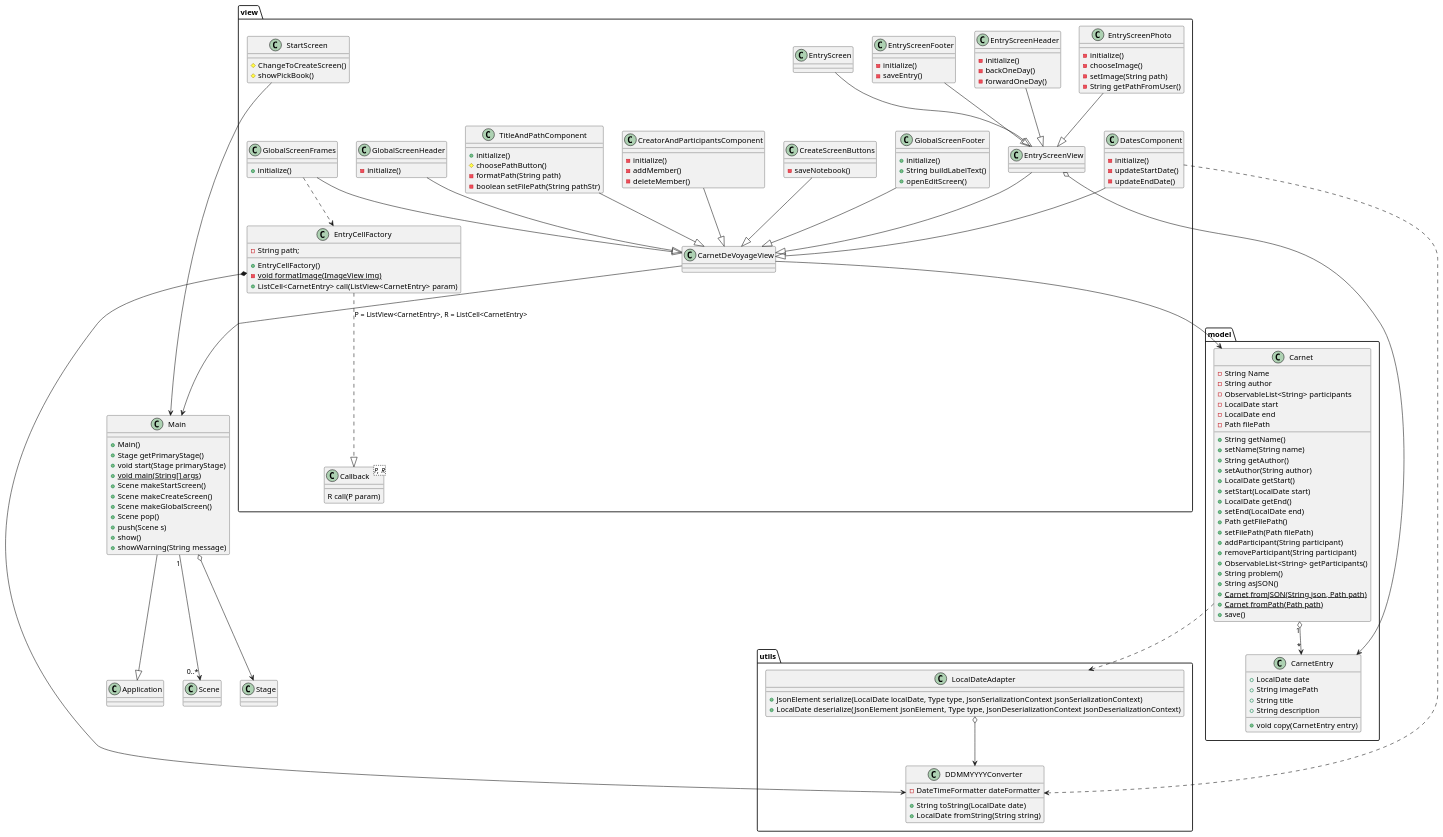
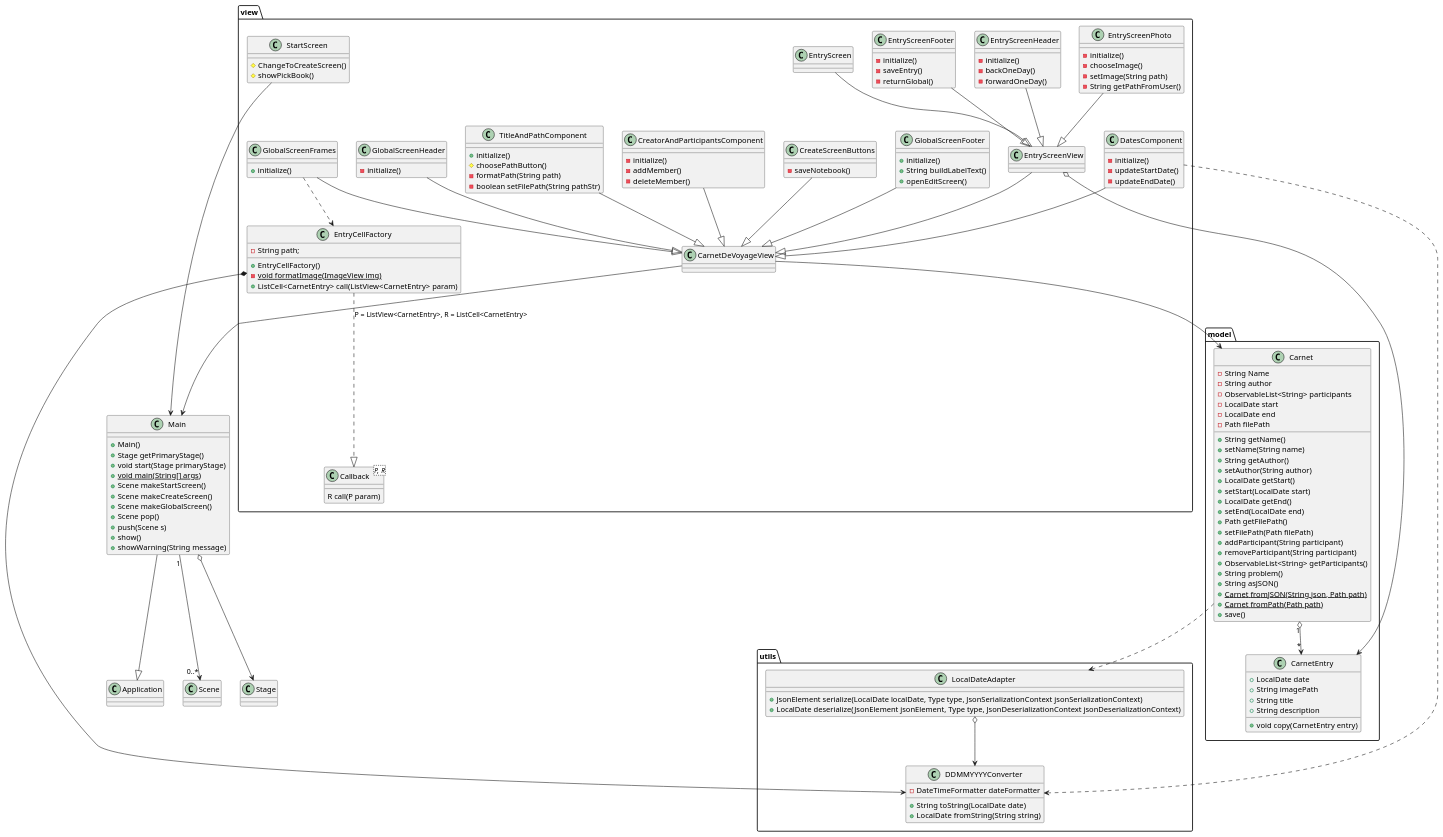
The diagram in class-diagram.puml (LucasEBSkora/lab2-PCD), drawn with PlantUML before and after one commit. The commit also changed 3 other files, not shown here.

```diff
--- a/class-diagram.puml
+++ b/class-diagram.puml
@@ -1,175 +1,176 @@
 @startuml
 'https://plantuml.com/class-diagram
 
 Main --|> Application
 class Main {
     + Main()
     + Stage getPrimaryStage()
     + void start(Stage primaryStage)
     + {static} void main(String[] args)
     + Scene makeStartScreen()
     + Scene makeCreateScreen()
     + Scene makeGlobalScreen()
     + Scene pop()
     + push(Scene s)
     + show()
     + showWarning(String message)
 }
 Main "1" --> "0..*" Scene
 Main o--> Stage
 
 package model {
     class Carnet {
         - String Name
         - String author
         - ObservableList<String> participants
         - LocalDate start
         - LocalDate end
         - Path filePath
         + String getName()
         + setName(String name)
         + String getAuthor()
         + setAuthor(String author)
         + LocalDate getStart()
         + setStart(LocalDate start)
         + LocalDate getEnd()
         + setEnd(LocalDate end)
         + Path getFilePath()
         + setFilePath(Path filePath)
         + addParticipant(String participant)
         + removeParticipant(String participant)
         + ObservableList<String> getParticipants()
         + String problem()
         + String asJSON()
         + {static} Carnet fromJSON(String json, Path path)
         + {static} Carnet fromPath(Path path)
         + save()
     }
     Carnet "1" o--> "*" CarnetEntry
     
     class CarnetEntry {
         + LocalDate date
         + String imagePath
         + String title
         + String description
         + void copy(CarnetEntry entry)
     }
 
 }
 view.DatesComponent ..> utils.DDMMYYYYConverter
 model.Carnet ..> utils.LocalDateAdapter
 package utils {
     class DDMMYYYYConverter {
         - DateTimeFormatter dateFormatter
         + String toString(LocalDate date)
         + LocalDate fromString(String string)
     }
     LocalDateAdapter o--> DDMMYYYYConverter
     class LocalDateAdapter {
                 + JsonElement serialize(LocalDate localDate, Type type, JsonSerializationContext jsonSerializationContext)
                 + LocalDate deserialize(JsonElement jsonElement, Type type, JsonDeserializationContext jsonDeserializationContext)
     }
 
 }
 
 package view {
     class CarnetDeVoyageView {
     }
     CarnetDeVoyageView --> Main
     CarnetDeVoyageView --> Carnet
 
     class CreateScreenButtons {
         - saveNotebook()
     }
     CreateScreenButtons --|> CarnetDeVoyageView
 
     class CreatorAndParticipantsComponent {
         - initialize()
         - addMember()
         - deleteMember()
     }
     CreatorAndParticipantsComponent --|> CarnetDeVoyageView
 
     class DatesComponent {
         - initialize()
         - updateStartDate()
         - updateEndDate()
     }
     DatesComponent --|> CarnetDeVoyageView
 
     class TitleAndPathComponent {
         + initialize()
         # choosePathButton()
         - formatPath(String path)
         - boolean setFilePath(String pathStr)
     }
     TitleAndPathComponent --|> CarnetDeVoyageView
 
     class StartScreen {
         # ChangeToCreateScreen()
         # showPickBook()
     }
     StartScreen --> Main
 
     class GlobalScreenHeader {
         - initialize()
     }
     GlobalScreenHeader --|> CarnetDeVoyageView
 
     class GlobalScreenFrames {
         + initialize()
     }
     GlobalScreenFrames --|> CarnetDeVoyageView
 
     class "Callback<P, R>" as ListViewCallback {
         R call(P param)
     }
     EntryCellFactory ..|> ListViewCallback : "P = ListView<CarnetEntry>, R = ListCell<CarnetEntry>"
     class EntryCellFactory {
 
         -  String path;
         + EntryCellFactory()
         - {static} void formatImage(ImageView img)
         + ListCell<CarnetEntry> call(ListView<CarnetEntry> param)
        }
 
    EntryCellFactory *--> DDMMYYYYConverter
    GlobalScreenFrames ..> EntryCellFactory
 
     class GlobalScreenFooter {
         + initialize()
         + String buildLabelText()
         + openEditScreen()
     }
     GlobalScreenFooter --|> CarnetDeVoyageView
 
     EntryScreenView --|> CarnetDeVoyageView
     EntryScreenView o--> CarnetEntry
 
     class EntryScreenFooter {
         - initialize()
         - saveEntry()
+        - returnGlobal()
     }
     EntryScreenFooter --|> EntryScreenView
 
     class EntryScreen {
     }
     EntryScreen --|> EntryScreenView
 
     class EntryScreenPhoto {
         - initialize()
         - chooseImage()
         - setImage(String path)
         - String getPathFromUser()
     }
     EntryScreenPhoto --|> EntryScreenView
 
     class EntryScreenHeader {
         - initialize()
         - backOneDay()
         - forwardOneDay()
     }
     EntryScreenHeader --|> EntryScreenView
 }
 
 @enduml
```
